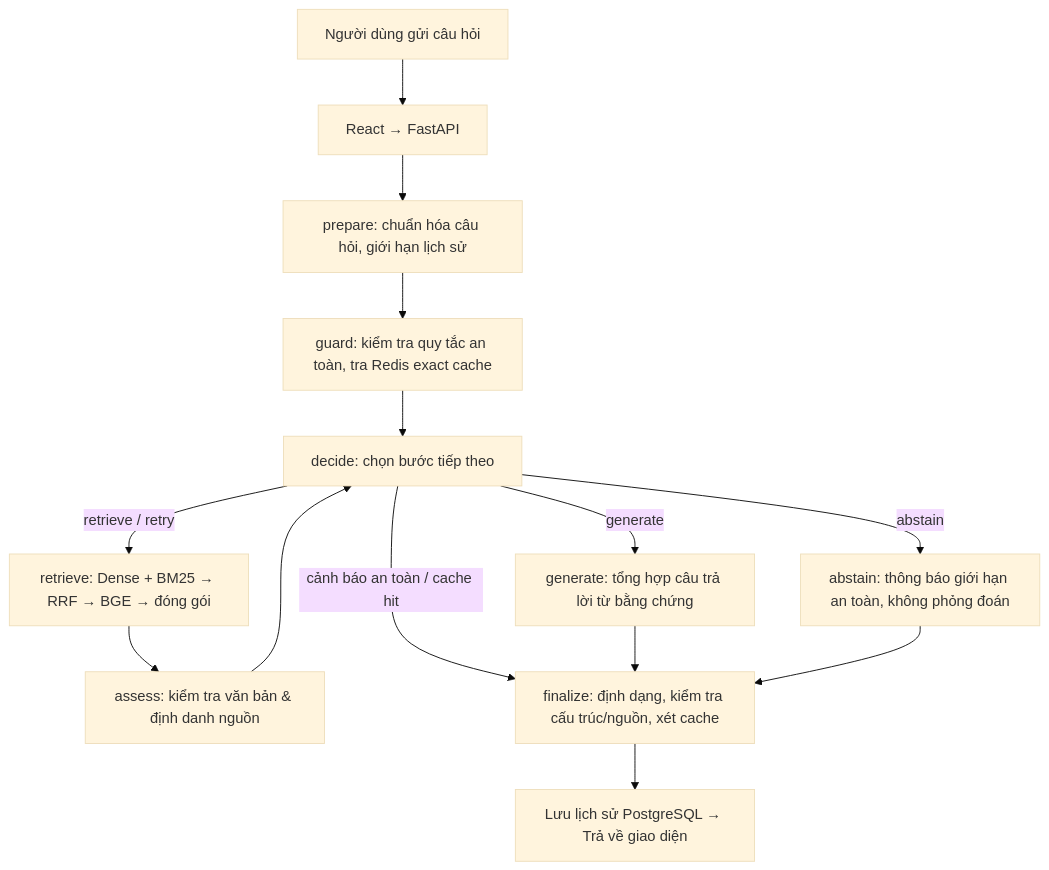
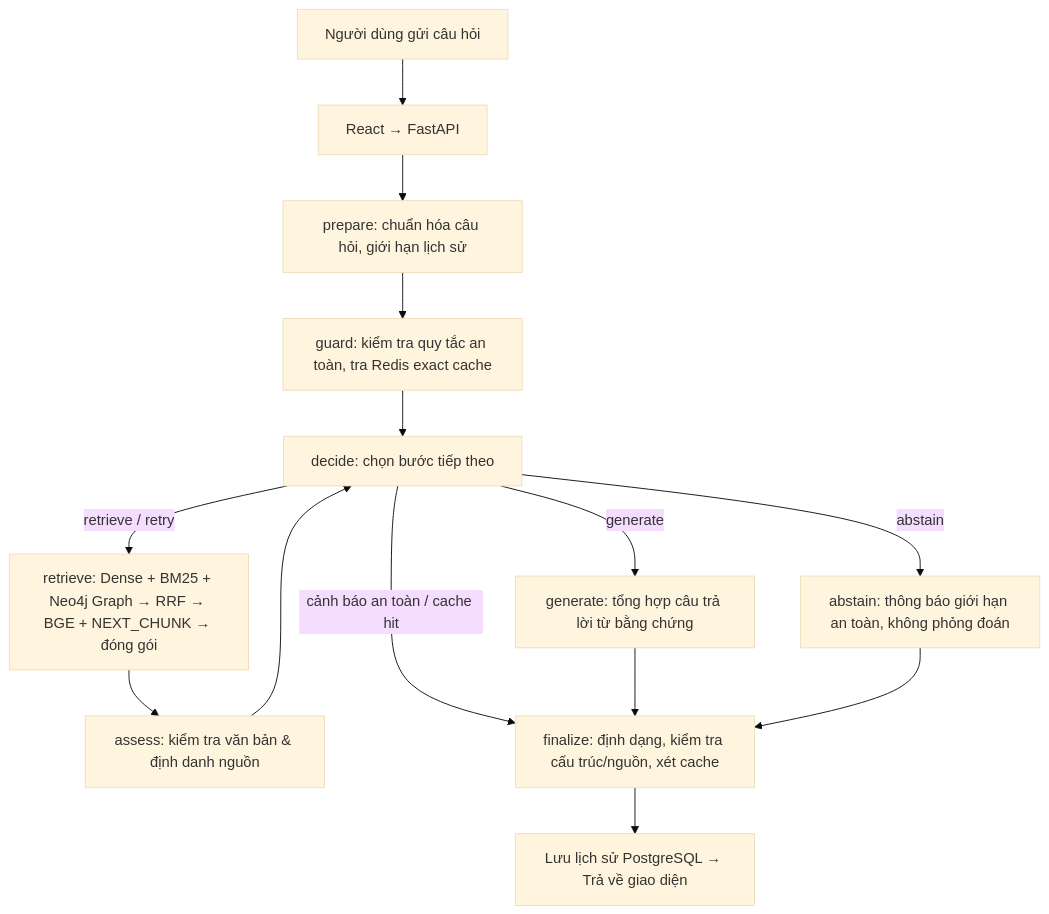
Before and after one commit to MinhHoang1403/Acne_Advisor_AI: the second of 2 diagrams in README.md, drawn with Mermaid (base theme). The commit also changed other lines of this file and 61 other files, not shown here.

Commit message:
feat: integrate Neo4j Hybrid GraphRAG, SSE streaming UI, root-cause fixes, and 100-case RAGAS suite

````diff
--- a/README.md
+++ b/README.md
@@ -107,16 +107,16 @@
 ```mermaid
 flowchart TD
     U["Người dùng gửi câu hỏi"] --> API["React → FastAPI"]
     API --> P["prepare: chuẩn hóa câu hỏi, giới hạn lịch sử"]
     P --> G["guard: kiểm tra quy tắc an toàn, tra Redis exact cache"]
     G --> D["decide: chọn bước tiếp theo"]
-    D -->|"retrieve / retry"| R["retrieve: Dense + BM25 → RRF → BGE → đóng gói"]
+    D -->|"retrieve / retry"| R["retrieve: Dense + BM25 + Neo4j Graph → RRF → BGE + NEXT_CHUNK → đóng gói"]
     R --> A["assess: kiểm tra văn bản & định danh nguồn"]
     A --> D
     D -->|"generate"| L["generate: tổng hợp câu trả lời từ bằng chứng"]
     D -->|"abstain"| N["abstain: thông báo giới hạn an toàn, không phỏng đoán"]
     D -->|"cảnh báo an toàn / cache hit"| F["finalize: định dạng, kiểm tra cấu trúc/nguồn, xét cache"]
     L --> F
     N --> F
     F --> O["Lưu lịch sử PostgreSQL → Trả về giao diện"]
 ```
````
